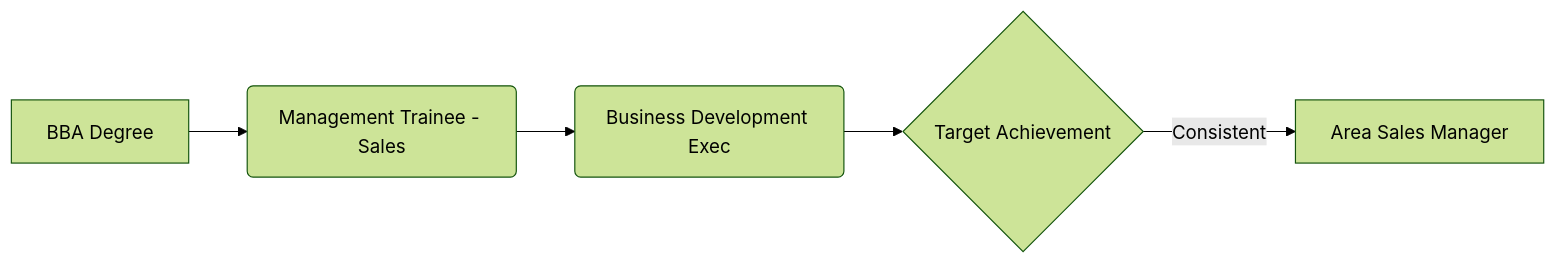
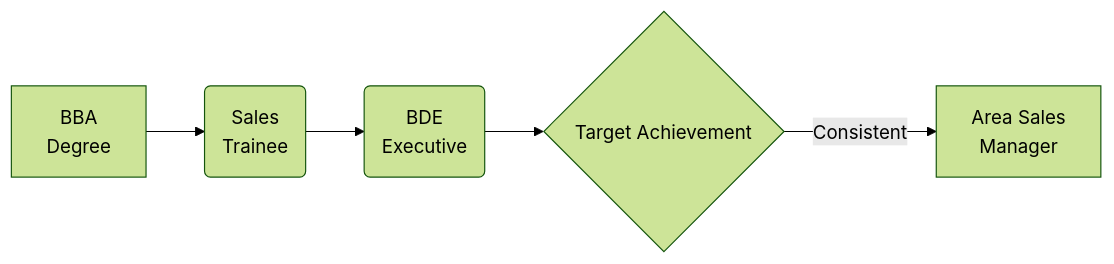
The second of 3 diagrams in curriculum-app/src/content/lessons/ug/bba/sem5/week17.md (the-career-breweries/tcb-soft-skills), drawn with Mermaid (forest theme) before and after one commit. The commit also changed other lines of this file and 5 other files, not shown here.

Commit message:
fix: aggressively solve mermaid text truncation

````diff
--- a/curriculum-app/src/content/lessons/ug/bba/sem5/week17.md
+++ b/curriculum-app/src/content/lessons/ug/bba/sem5/week17.md
@@ -42,7 +42,7 @@
 ```mermaid
 flowchart LR
-    A[BBA Degree] --> B(Management Trainee - Sales)
-    B --> C(Business Development Exec)
+    A[BBA<br/>Degree] --> B(Sales<br/>Trainee)
+    B --> C(BDE<br/>Executive)
     C --> D{Target Achievement}
-    D -->|Consistent| E[Area Sales Manager]
+    D -->|Consistent| E[Area Sales<br/>Manager]
 ```
````
